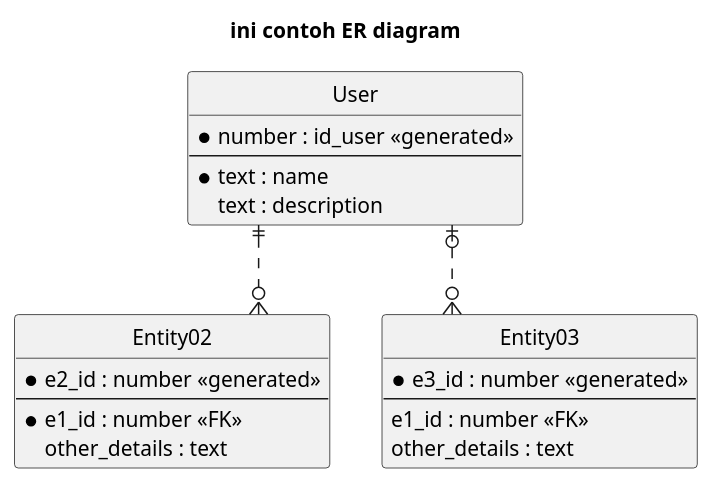
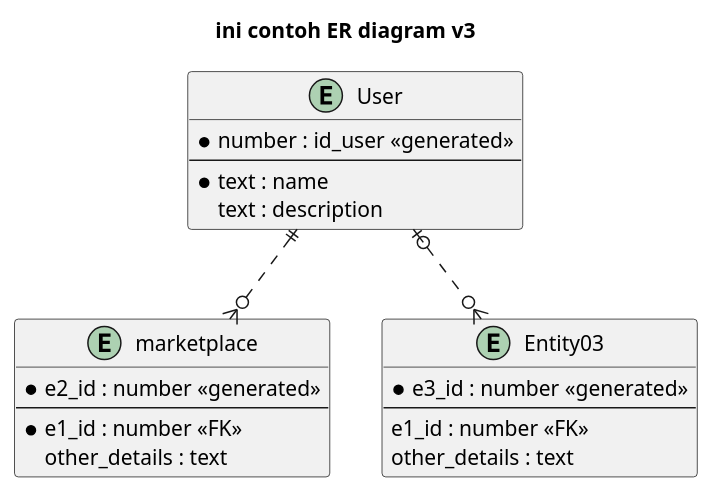
The diagram in diagram/testumldiagram.wsd (yudianwebdev/next-bg-app), drawn with PlantUML before and after one commit.

Commit message:
ganti flow v3

```diff
--- a/diagram/testumldiagram.wsd
+++ b/diagram/testumldiagram.wsd
@@ -1,35 +1,35 @@
 @startuml tes
 
-title ini contoh ER diagram
+title ini contoh ER diagram v3
 
 ' hide the spot
-hide circle
+
 
 ' avoid problems with angled crows feet
-skinparam linetype ortho
+' skinparam linetype ortho
 
 entity "User" as user {
   *number : id_user <<generated>>
   --
   *text : name
   text : description
 }
 
-entity "Entity02" as e02 {
+entity "marketplace" as e02 {
   *e2_id : number <<generated>>
   --
   *e1_id : number <<FK>>
   other_details : text
 }
 
 entity "Entity03" as e03 {
   *e3_id : number <<generated>>
   --
   e1_id : number <<FK>>
   other_details : text
 }
 
 user ||..o{ e02
 user |o..o{ e03
 
 @enduml
```
